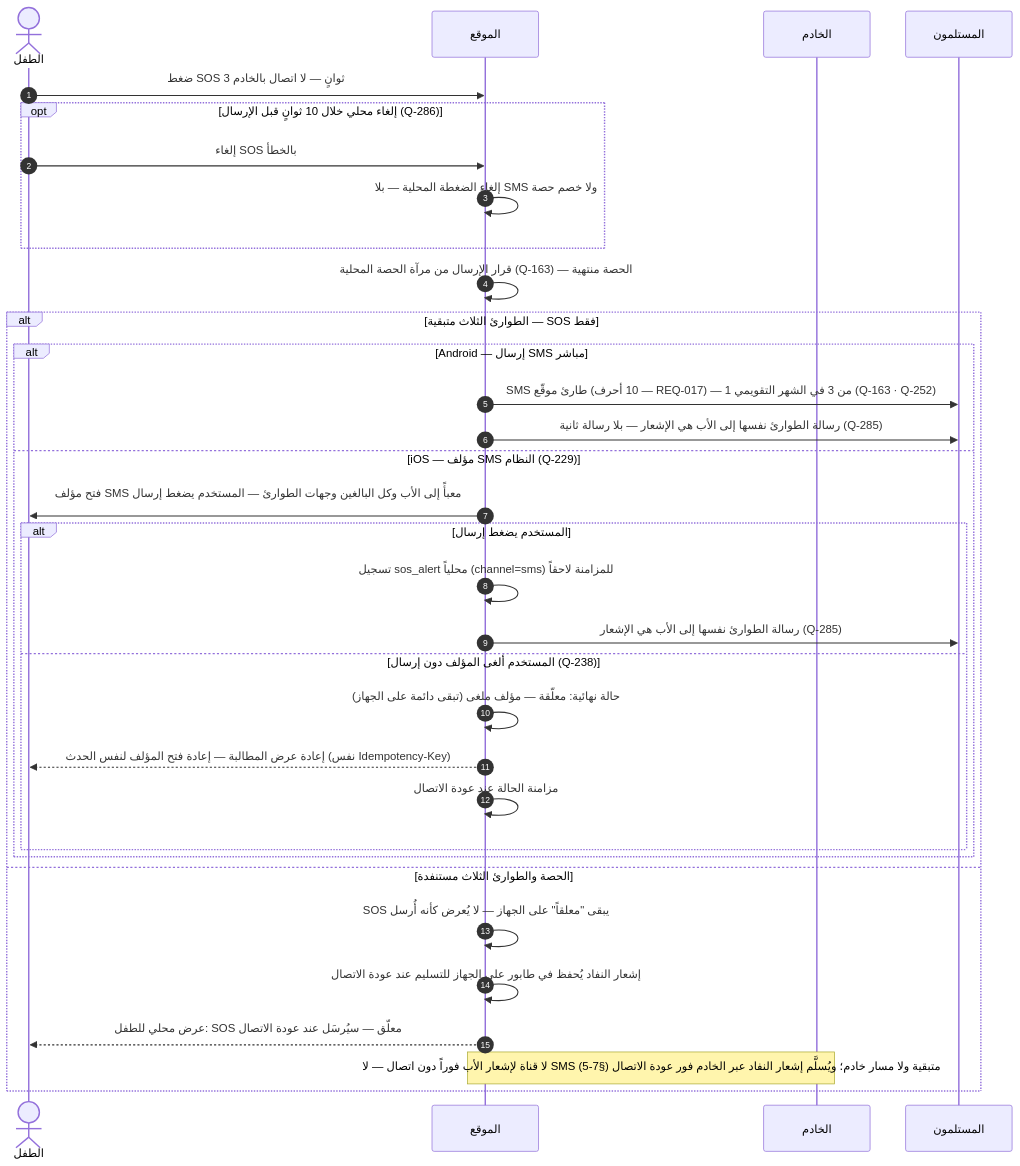
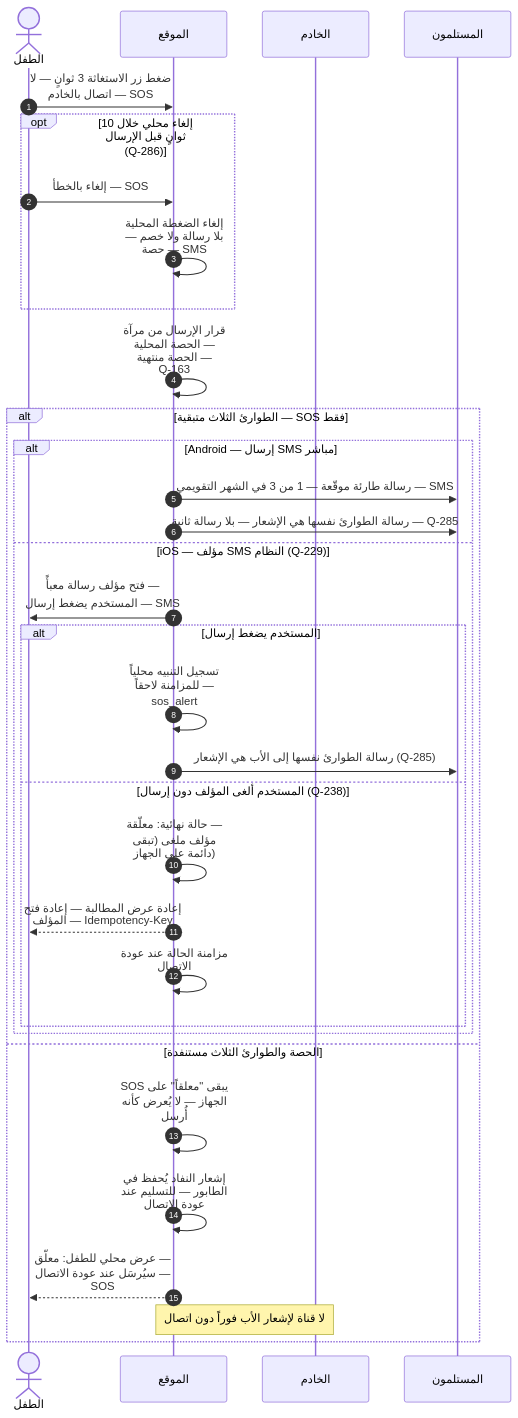
The ninth of 30 diagrams in docs/family-os/governance/phases/phase-1/S1-07-location-basic/DIAGRAMS.md (Bassam-mohammed-alqaeadi/family-os-v2), drawn with Mermaid before and after one commit. The commit also changed other lines of this file, not shown here.

````diff
--- a/docs/family-os/governance/phases/phase-1/S1-07-location-basic/DIAGRAMS.md
+++ b/docs/family-os/governance/phases/phase-1/S1-07-location-basic/DIAGRAMS.md
@@ -321,35 +372,36 @@
 ```mermaid
+    %%{init: {"sequence": {"wrap": true}}}%%
 sequenceDiagram
     autonumber
     actor Child as الطفل
     participant S107 as الموقع
     participant Ktor as الخادم
     participant Recipients as المستلمون
-    Child->>S107: ضغط SOS 3 ثوانٍ — لا اتصال بالخادم
+    Child->>S107: ضغط زر الاستغاثة 3 ثوانٍ — لا اتصال بالخادم — SOS
     opt إلغاء محلي خلال 10 ثوانٍ قبل الإرسال (Q-286)
-        Child->>S107: إلغاء SOS بالخطأ
-        S107->>S107: إلغاء الضغطة المحلية — بلا SMS ولا خصم حصة
+        Child->>S107: إلغاء بالخطأ — SOS
+        S107->>S107: إلغاء الضغطة المحلية — بلا رسالة ولا خصم حصة — SMS
     end
-    S107->>S107: قرار الإرسال من مرآة الحصة المحلية (Q-163) — الحصة منتهية
+    S107->>S107: قرار الإرسال من مرآة الحصة المحلية — الحصة منتهية — Q-163
     alt الطوارئ الثلاث متبقية — SOS فقط
         alt Android — إرسال SMS مباشر
-            S107->>Recipients: SMS طارئ موقّع (10 أحرف — REQ-017) — 1 من 3 في الشهر التقويمي (Q-163 · Q-252)
-            S107->>Recipients: رسالة الطوارئ نفسها إلى الأب هي الإشعار — بلا رسالة ثانية (Q-285)
+            S107->>Recipients: رسالة طارئة موقّعة — 1 من 3 في الشهر التقويمي — SMS
+            S107->>Recipients: رسالة الطوارئ نفسها هي الإشعار — بلا رسالة ثانية — Q-285
         else iOS — مؤلف SMS النظام (Q-229)
-            S107->>Child: فتح مؤلف SMS معبأً إلى الأب وكل البالغين وجهات الطوارئ — المستخدم يضغط إرسال
+            S107->>Child: فتح مؤلف رسالة معبأً — المستخدم يضغط إرسال — SMS
             alt المستخدم يضغط إرسال
-                S107->>S107: تسجيل sos_alert محلياً (channel=sms) للمزامنة لاحقاً
+                S107->>S107: تسجيل التنبيه محلياً للمزامنة لاحقاً — sos_alert
                 S107->>Recipients: رسالة الطوارئ نفسها إلى الأب هي الإشعار (Q-285)
             else المستخدم ألغى المؤلف دون إرسال (Q-238)
                 S107->>S107: حالة نهائية: معلّقة — مؤلف ملغى (تبقى دائمة على الجهاز)
-                S107-->>Child: إعادة عرض المطالبة — إعادة فتح المؤلف لنفس الحدث (نفس Idempotency-Key)
+                S107-->>Child: إعادة عرض المطالبة — إعادة فتح المؤلف — Idempotency-Key
                 S107->>S107: مزامنة الحالة عند عودة الاتصال
             end
         end
     else الحصة والطوارئ الثلاث مستنفدة
         S107->>S107: SOS يبقى "معلقاً" على الجهاز — لا يُعرض كأنه أُرسل
-        S107->>S107: إشعار النفاد يُحفظ في طابور على الجهاز للتسليم عند عودة الاتصال
-        S107-->>Child: عرض محلي للطفل: SOS معلّق — سيُرسَل عند عودة الاتصال
-        Note over S107,Ktor: لا قناة لإشعار الأب فوراً دون اتصال — لا SMS متبقية ولا مسار خادم؛ ويُسلَّم إشعار النفاد عبر الخادم فور عودة الاتصال (§7-5)
+        S107->>S107: إشعار النفاد يُحفظ في الطابور — للتسليم عند عودة الاتصال
+        S107-->>Child: عرض محلي للطفل: معلّق — سيُرسَل عند عودة الاتصال — SOS
+        Note over S107,Ktor: لا قناة لإشعار الأب فوراً دون اتصال
     end
 ```
````
